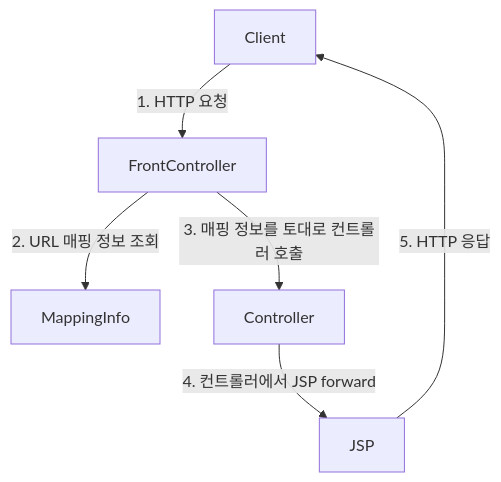
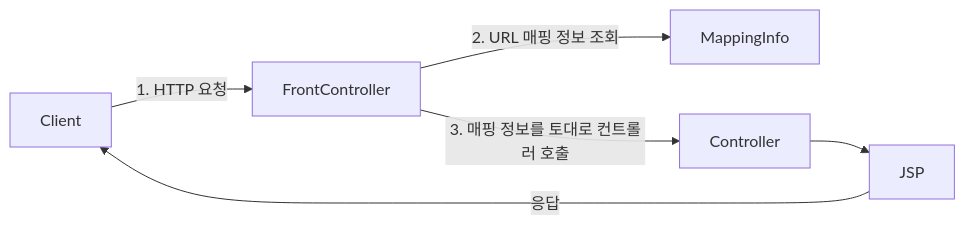
One commit to choiexe1/blog changed the first of 2 diagrams in content/Resources/프로그래밍/Java/3. Spring/2. MVC 1편/4. MVC 프레임워크 만들기.md. Above: the diagram before and after it, drawn with Mermaid. The commit also changed other lines of this file, not shown here.

````diff
--- a/content/Resources/프로그래밍/Java/3. Spring/2. MVC 1편/4. MVC 프레임워크 만들기.md
+++ b/content/Resources/프로그래밍/Java/3. Spring/2. MVC 1편/4. MVC 프레임워크 만들기.md
@@ -39,15 +39,15 @@
 ```mermaid
-graph TB
+graph LR
 
 Client
 FrontController
 MappingInfo
 Controller
 JSP
 
 Client --> |1. HTTP 요청|FrontController
 FrontController --> |2. URL 매핑 정보 조회| MappingInfo
 FrontController --> |3. 매핑 정보를 토대로 컨트롤러 호출| Controller
-Controller --> |4. 컨트롤러에서 JSP forward| JSP
-JSP --> |5. HTTP 응답| Client
+Controller --> JSP
+JSP --> |응답| Client
 ```
````
